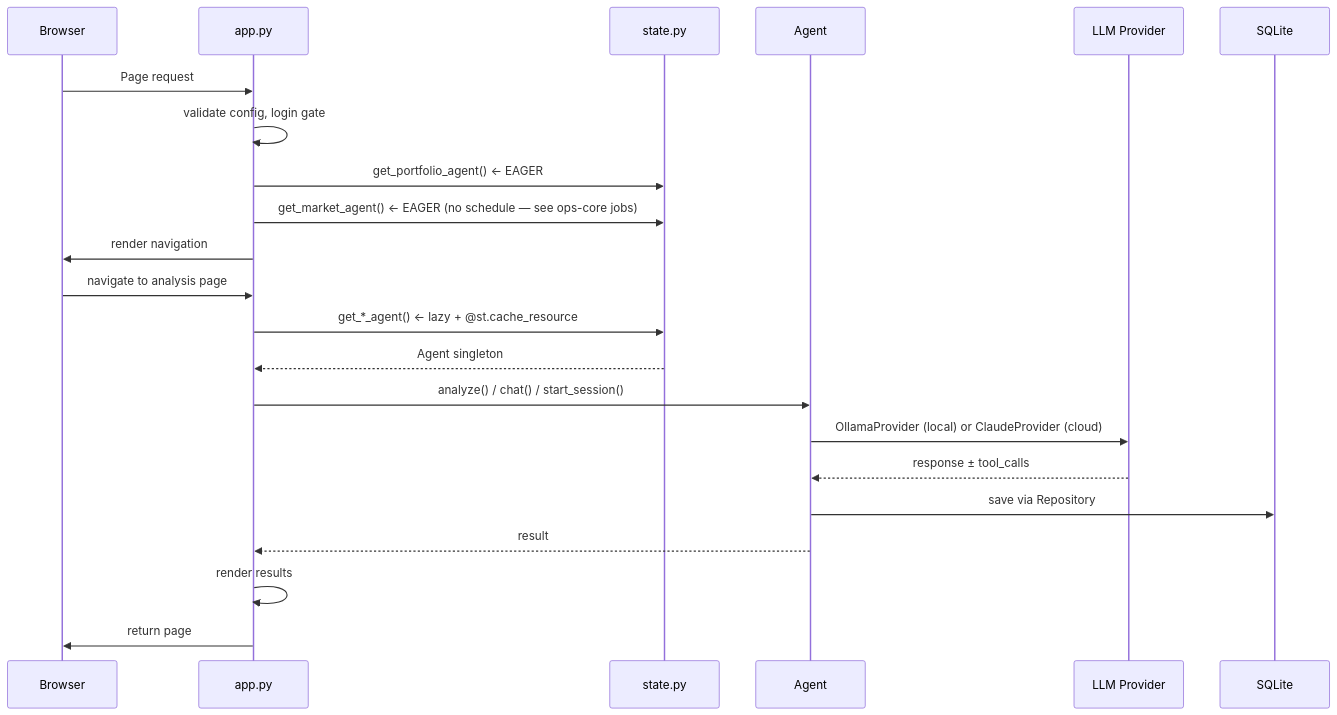
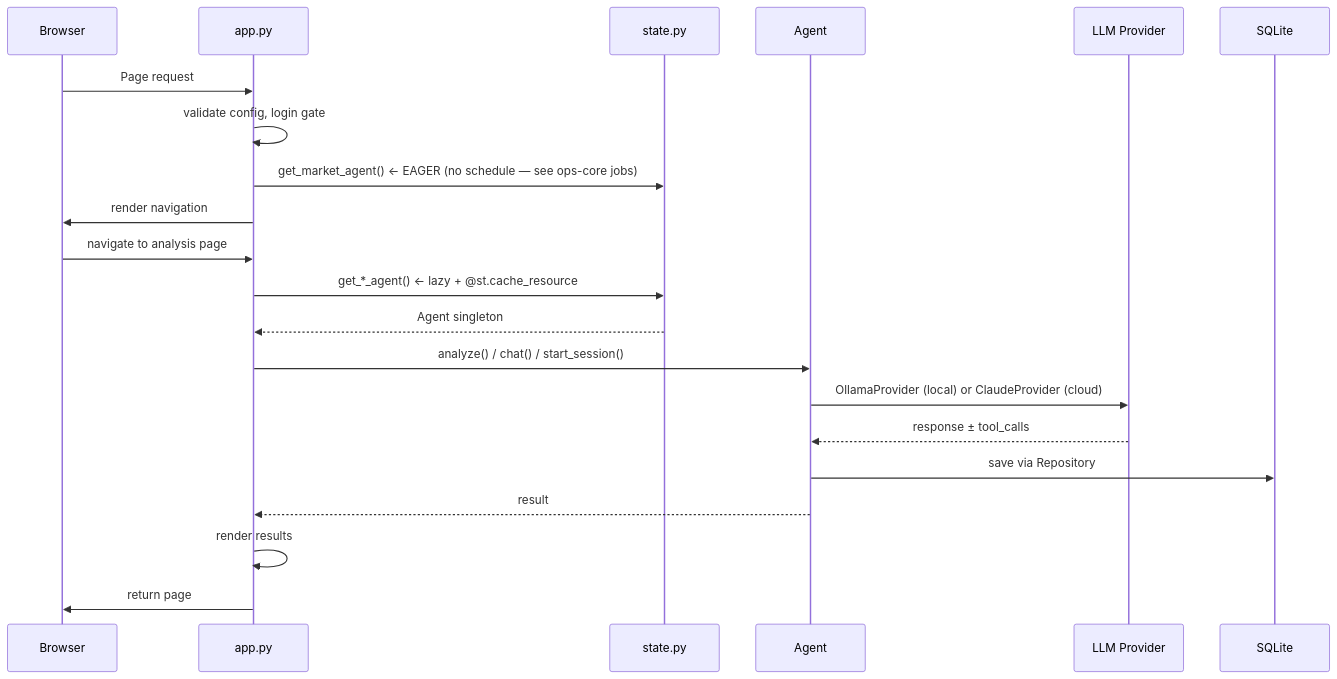
The second of 2 diagrams in ARCHITECTURE.md (esc1899/wealth_management), drawn with Mermaid before and after one commit. The commit also changed other lines of this file and 42 other files, not shown here.

````diff
--- a/ARCHITECTURE.md
+++ b/ARCHITECTURE.md
@@ -60,26 +59,25 @@
 ```mermaid
 sequenceDiagram
     participant B as Browser
     participant A as app.py
     participant S as state.py
     participant Ag as Agent
     participant LLM as LLM Provider
     participant DB as SQLite
 
     B->>A: Page request
     A->>A: validate config, login gate
-    A->>S: get_portfolio_agent() ← EAGER
     A->>S: get_market_agent() ← EAGER (no schedule — see ops-core jobs)
     A->>B: render navigation
 
     B->>A: navigate to analysis page
     A->>S: get_*_agent() ← lazy + @st.cache_resource
     S-->>A: Agent singleton
     A->>Ag: analyze() / chat() / start_session()
     Ag->>LLM: OllamaProvider (local) or ClaudeProvider (cloud)
     LLM-->>Ag: response ± tool_calls
     Ag->>DB: save via Repository
     Ag-->>A: result
     A->>A: render results
     A->>B: return page
 ```
````
